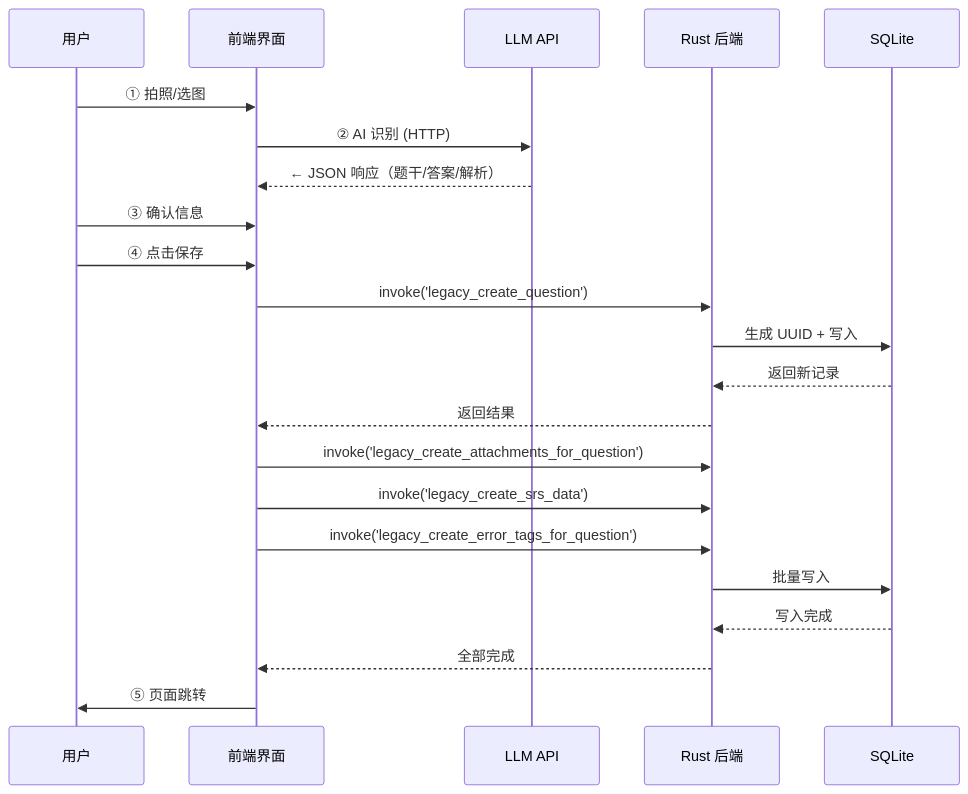
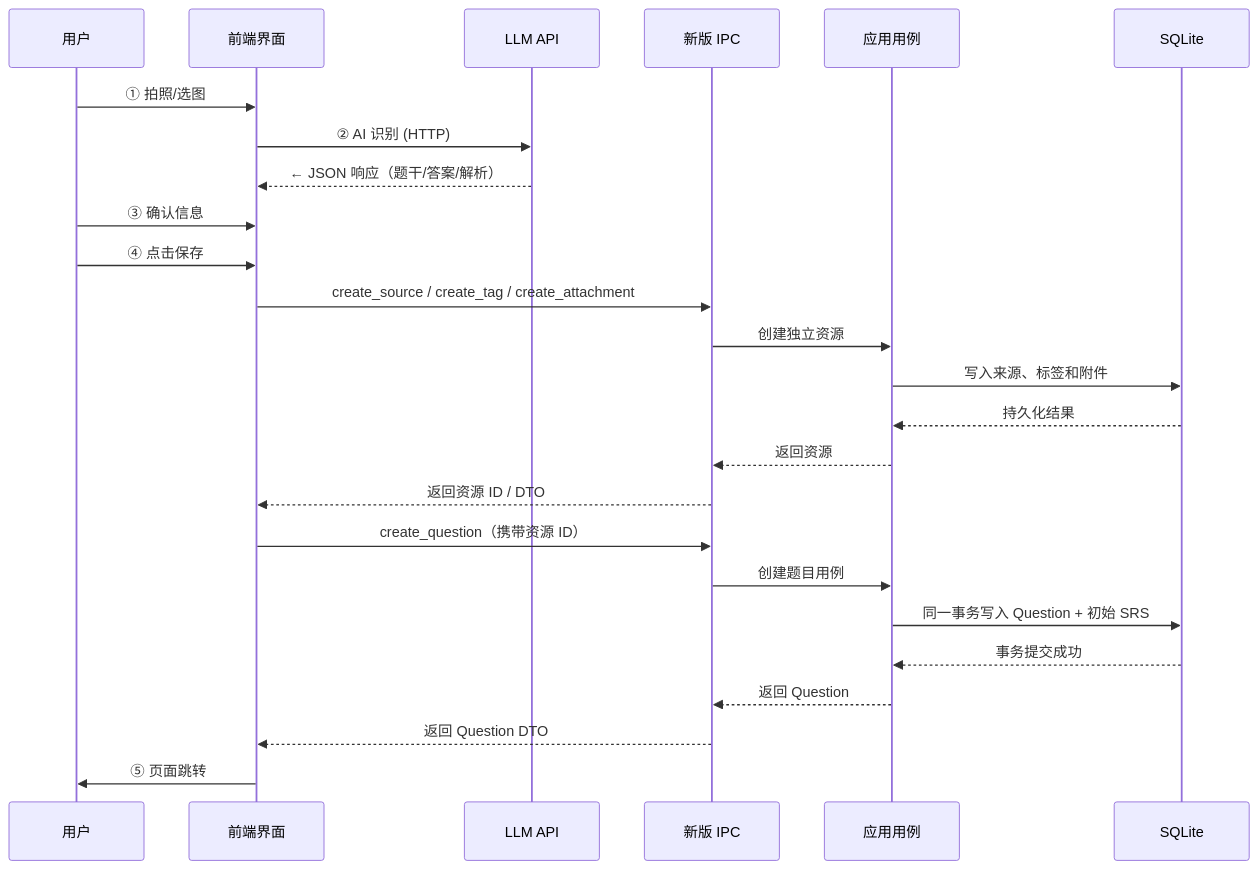
One commit to zpb911km/SmartErrorNotebook changed the second of 5 diagrams in docs/ARCHITECTURE.md. Above: the diagram before and after it, drawn with Mermaid. The commit also changed other lines of this file and 104 other files, not shown here.

````diff
--- a/docs/ARCHITECTURE.md
+++ b/docs/ARCHITECTURE.md
@@ -136,25 +140,28 @@
 ```mermaid
 sequenceDiagram
     participant User as 用户
     participant App as 前端界面
     participant LLM as LLM API
-    participant Rust as Rust 后端
+    participant IPC as 新版 IPC
+    participant Application as 应用用例
     participant DB as SQLite
 
     User->>App: ① 拍照/选图
     App->>LLM: ② AI 识别 (HTTP)
     LLM-->>App: ← JSON 响应（题干/答案/解析）
     User->>App: ③ 确认信息
     User->>App: ④ 点击保存
-    App->>Rust: invoke('legacy_create_question')
-    Rust->>DB: 生成 UUID + 写入
-    DB-->>Rust: 返回新记录
-    Rust-->>App: 返回结果
-    App->>Rust: invoke('legacy_create_attachments_for_question')
-    App->>Rust: invoke('legacy_create_srs_data')
-    App->>Rust: invoke('legacy_create_error_tags_for_question')
-    Rust->>DB: 批量写入
-    DB-->>Rust: 写入完成
-    Rust-->>App: 全部完成
+    App->>IPC: create_source / create_tag / create_attachment
+    IPC->>Application: 创建独立资源
+    Application->>DB: 写入来源、标签和附件
+    DB-->>Application: 持久化结果
+    Application-->>IPC: 返回资源
+    IPC-->>App: 返回资源 ID / DTO
+    App->>IPC: create_question（携带资源 ID）
+    IPC->>Application: 创建题目用例
+    Application->>DB: 同一事务写入 Question + 初始 SRS
+    DB-->>Application: 事务提交成功
+    Application-->>IPC: 返回 Question
+    IPC-->>App: 返回 Question DTO
     App->>User: ⑤ 页面跳转
 ```
````
